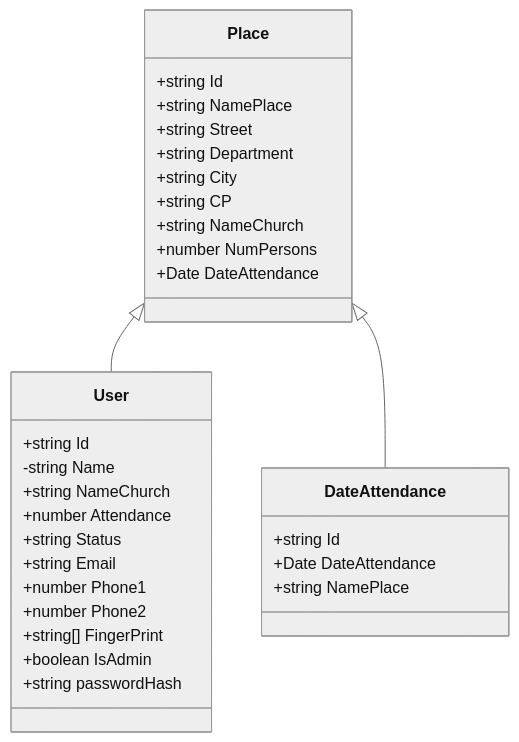
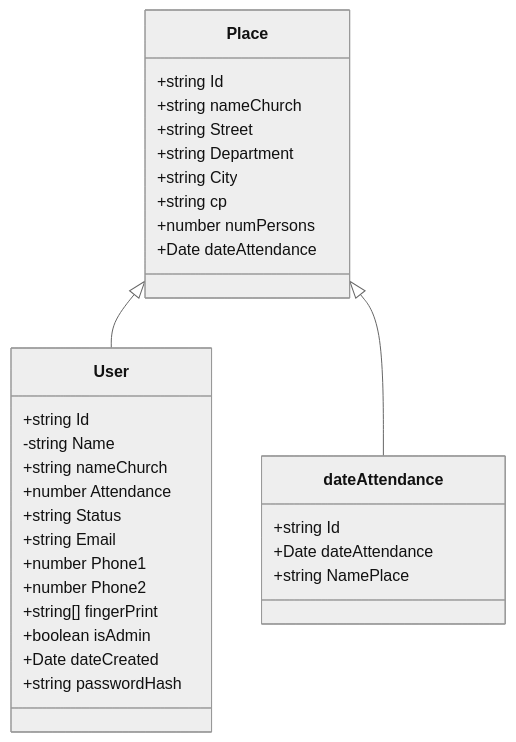
The fourth of 5 diagrams in README.md (RV411/Asistenciapp), drawn with Mermaid (neutral theme) before and after one commit. The commit also changed 16 other files, not shown here.

````diff
--- a/README.md
+++ b/README.md
@@ -52,32 +52,32 @@
 ```mermaid
 classDiagram
     Place <|-- User
-    Place <|-- DateAttendance
+    Place <|-- dateAttendance
     Place : +string Id
-    Place : +string NamePlace
+    Place : +string nameChurch
     Place : +string Street
     Place : +string Department
     Place : +string City
-    Place : +string CP
-    Place : +string NameChurch
-    Place : +number NumPersons
-    Place : +Date DateAttendance
+    Place : +string cp
+    Place : +number numPersons
+    Place : +Date dateAttendance
     class User{
         +string Id
         -string Name
-        +string NameChurch
+        +string nameChurch
         +number Attendance
         +string Status
         +string Email
         +number Phone1
         +number Phone2
-        +string[] FingerPrint
-        +boolean IsAdmin
+        +string[] fingerPrint
+        +boolean isAdmin
+        +Date dateCreated
         +string passwordHash
     }
-    class DateAttendance{
+    class dateAttendance{
         +string Id
-        +Date DateAttendance
+        +Date dateAttendance
         +string NamePlace
     }
 ```
````
